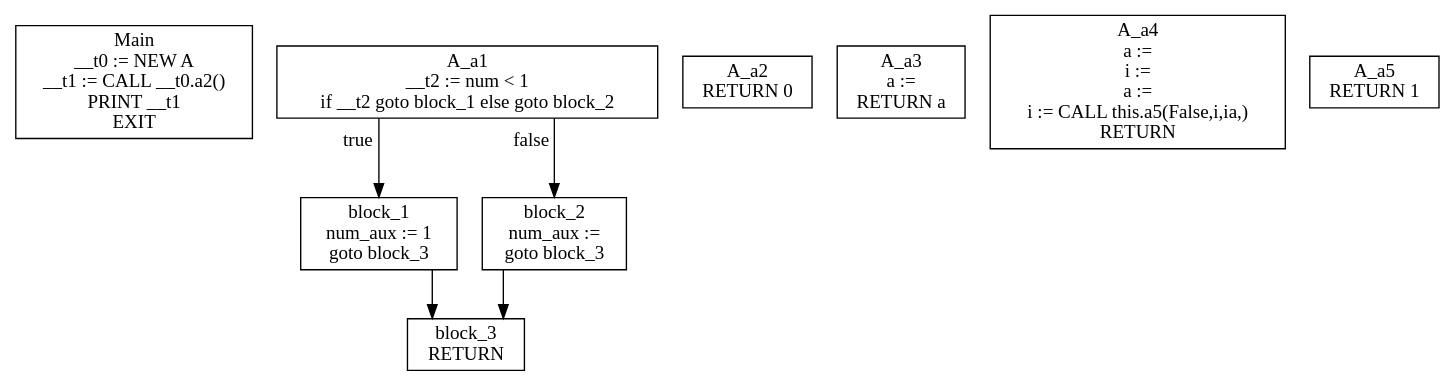
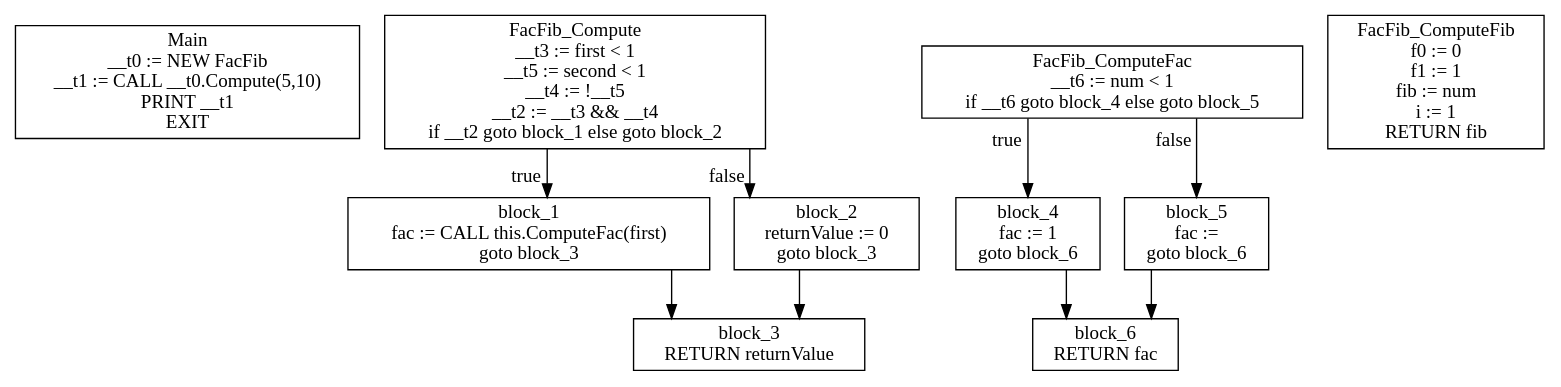
One commit to KarmaSora/Compiler changed the diagram in gettingStarted/cfg.dot. Above: the diagram before and after it, drawn with Graphviz. The commit also changed 9 other files, not shown here.

```diff
--- a/gettingStarted/cfg.dot
+++ b/gettingStarted/cfg.dot
@@ -1,17 +1,22 @@
 digraph CFG {
 graph [splines=ortho];
 node [shape=box];
-Main [label="Main\n__t0 := NEW A\n__t1 := CALL __t0.a2()\nPRINT __t1\nEXIT\n"];
-A_a1 -> block_1 [xlabel="true"];
-A_a1 -> block_2 [xlabel="false"];
-A_a1 [label="A_a1\n__t2 := num < 1\nif __t2 goto block_1 else goto block_2\n"];
+Main [label="Main\n__t0 := NEW FacFib\n__t1 := CALL __t0.Compute(5,10)\nPRINT __t1\nEXIT\n"];
+FacFib_Compute -> block_1 [xlabel="true"];
+FacFib_Compute -> block_2 [xlabel="false"];
+FacFib_Compute [label="FacFib_Compute\n__t3 := first < 1\n__t5 := second < 1\n__t4 := !__t5\n__t2 := __t3 && __t4\nif __t2 goto block_1 else goto block_2\n"];
 block_1 -> block_3;
-block_1 [label="block_1\nnum_aux := 1\ngoto block_3\n"];
+block_1 [label="block_1\nfac := CALL this.ComputeFac(first)\ngoto block_3\n"];
 block_2 -> block_3;
-block_2 [label="block_2\nnum_aux := \ngoto block_3\n"];
-block_3 [label="block_3\nRETURN \n"];
-A_a2 [label="A_a2\nRETURN 0\n"];
-A_a3 [label="A_a3\na := \nRETURN a\n"];
-A_a4 [label="A_a4\na := \ni := \na := \ni := CALL this.a5(False,i,ia,)\nRETURN \n"];
-A_a5 [label="A_a5\nRETURN 1\n"];
+block_2 [label="block_2\nreturnValue := 0\ngoto block_3\n"];
+block_3 [label="block_3\nRETURN returnValue\n"];
+FacFib_ComputeFac -> block_4 [xlabel="true"];
+FacFib_ComputeFac -> block_5 [xlabel="false"];
+FacFib_ComputeFac [label="FacFib_ComputeFac\n__t6 := num < 1\nif __t6 goto block_4 else goto block_5\n"];
+block_4 -> block_6;
+block_4 [label="block_4\nfac := 1\ngoto block_6\n"];
+block_5 -> block_6;
+block_5 [label="block_5\nfac := \ngoto block_6\n"];
+block_6 [label="block_6\nRETURN fac\n"];
+FacFib_ComputeFib [label="FacFib_ComputeFib\nf0 := 0\nf1 := 1\nfib := num\ni := 1\nRETURN fib\n"];
 }
```
